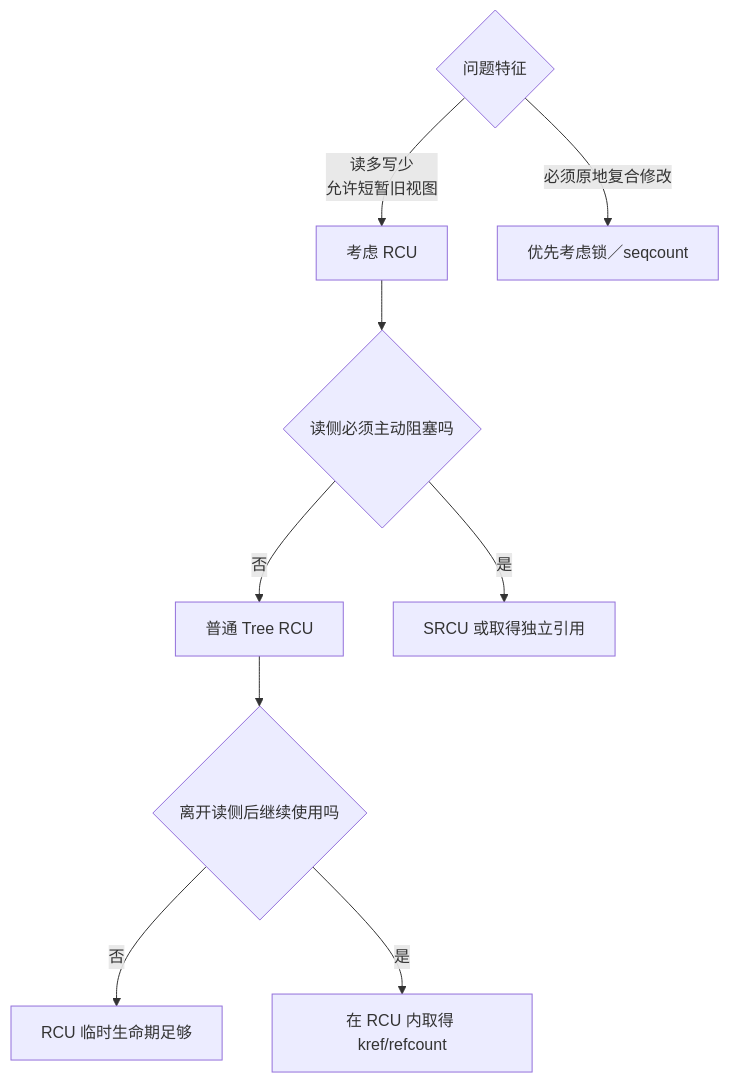
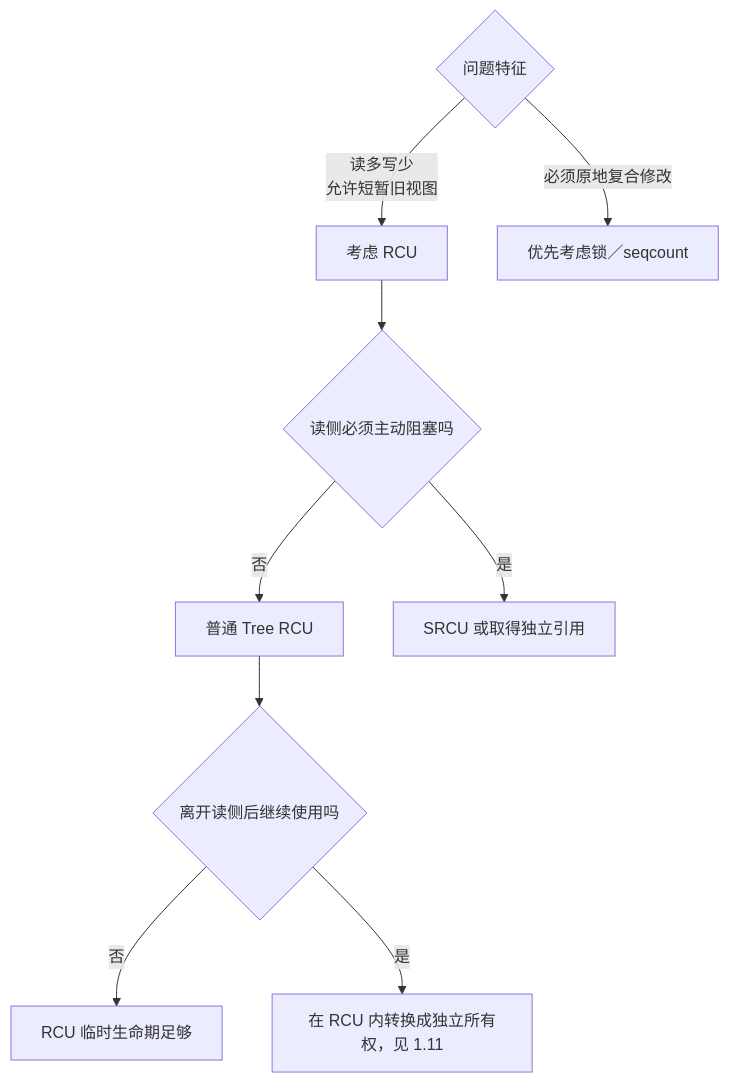
One commit to FormingSystem/linux_note changed the eighth of 11 diagrams in knowledge/linux/synchronization/rcu/P01_为什么需要_RCU.md. Above: the diagram before and after it, drawn with Mermaid. The commit also changed other lines of this file and 8 other files, not shown here.

````diff
--- a/knowledge/linux/synchronization/rcu/P01_为什么需要_RCU.md
+++ b/knowledge/linux/synchronization/rcu/P01_为什么需要_RCU.md
@@ -424,11 +361,11 @@
 ```mermaid
 flowchart TD
     Q{问题特征} -->|读多写少<br/>允许短暂旧视图| R[考虑 RCU]
     Q -->|必须原地复合修改| K[优先考虑锁／seqcount]
     R --> S{读侧必须主动阻塞吗}
     S -->|否| T[普通 Tree RCU]
     S -->|是| U[SRCU 或取得独立引用]
     T --> O{离开读侧后继续使用吗}
     O -->|否| X[RCU 临时生命期足够]
-    O -->|是| Y[在 RCU 内取得 kref/refcount]
+    O -->|是| Y["在 RCU 内转换成独立所有权，见 1.11"]
 ```
````
